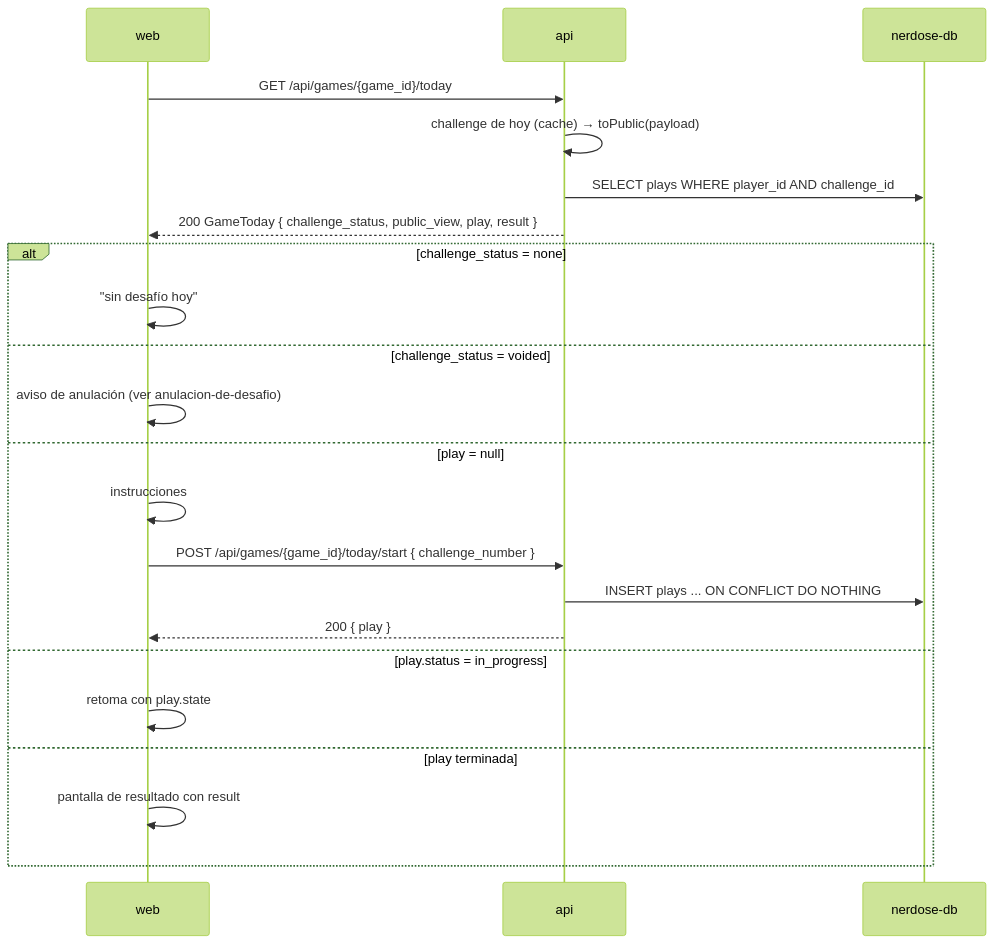
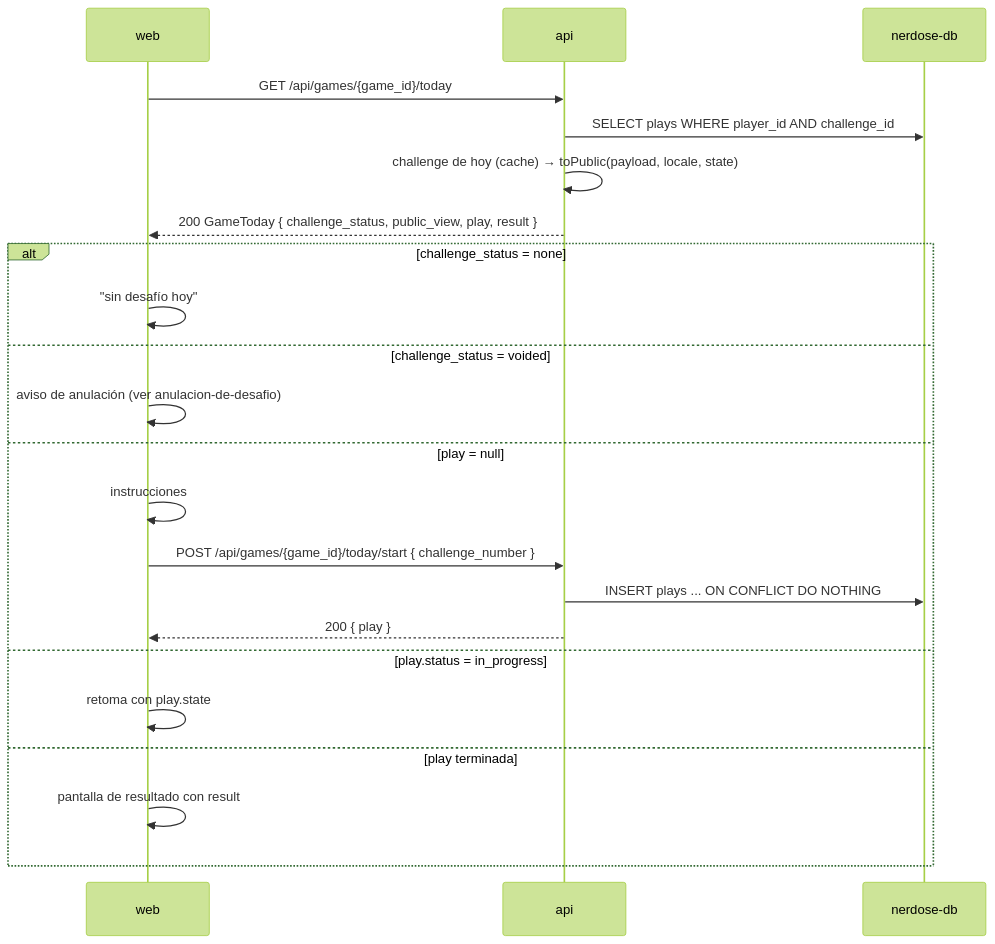
One commit to Bernacchialuca/nerdose changed the diagram in docs/flows/abrir-y-retomar-juego.md. Above: the diagram before and after it, drawn with Mermaid (forest theme). The commit also changed other lines of this file and 57 other files, not shown here.

````diff
--- a/docs/flows/abrir-y-retomar-juego.md
+++ b/docs/flows/abrir-y-retomar-juego.md
@@ -33,25 +33,25 @@
 ```mermaid
 sequenceDiagram
     participant W as web
     participant A as api
     participant DB as nerdose-db
 
     W->>A: GET /api/games/{game_id}/today
-    A->>A: challenge de hoy (cache) → toPublic(payload)
     A->>DB: SELECT plays WHERE player_id AND challenge_id
+    A->>A: challenge de hoy (cache) → toPublic(payload, locale, state)
     A-->>W: 200 GameToday { challenge_status, public_view, play, result }
     alt challenge_status = none
         W->>W: "sin desafío hoy"
     else challenge_status = voided
         W->>W: aviso de anulación (ver anulacion-de-desafio)
     else play = null
         W->>W: instrucciones
         W->>A: POST /api/games/{game_id}/today/start { challenge_number }
         A->>DB: INSERT plays ... ON CONFLICT DO NOTHING
         A-->>W: 200 { play }
     else play.status = in_progress
         W->>W: retoma con play.state
     else play terminada
         W->>W: pantalla de resultado con result
     end
 ```
````
